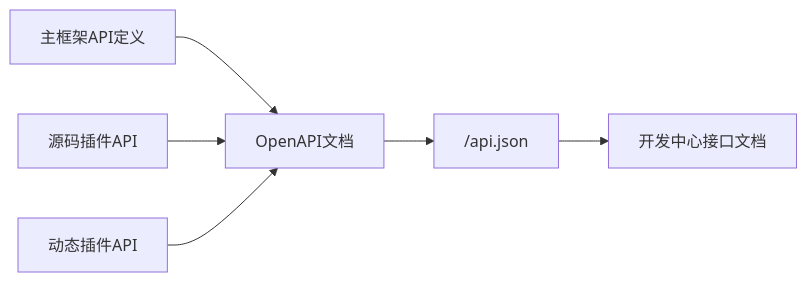
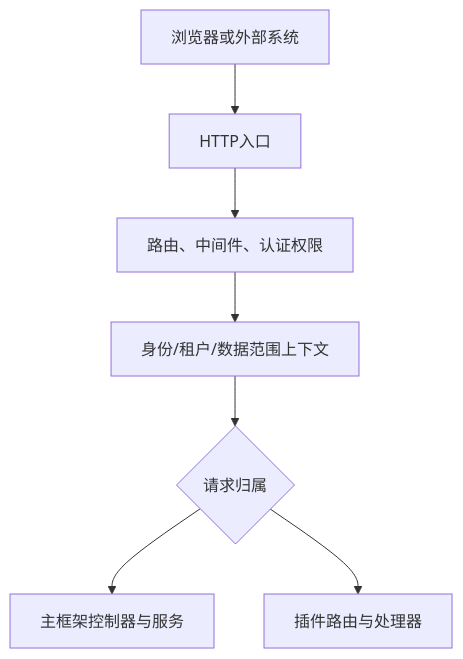
One commit to linaproai/linapro-site changed the diagram in apps/lina-site/docs/docs/2000-components/3000-core-host.md. Above: the diagram before and after it, drawn with Mermaid. The commit also changed other lines of this file and 60 other files, not shown here.

````diff
--- a/apps/lina-site/docs/docs/2000-components/3000-core-host.md
+++ b/apps/lina-site/docs/docs/2000-components/3000-core-host.md
@@ -158,8 +59,9 @@
 ```mermaid
-flowchart LR
-    Host["主框架API定义"] --> Doc["OpenAPI文档"]
-    Source["源码插件API"] --> Doc
-    Dynamic["动态插件API"] --> Doc
-    Doc --> JSON["/api.json"]
-    JSON --> Workbench["开发中心接口文档"]
+flowchart TD
+    Client["浏览器或外部系统"] --> Entry["HTTP入口"]
+    Entry --> Guard["路由、中间件、认证权限"]
+    Guard --> Context["身份/租户/数据范围上下文"]
+    Context --> Dispatch{"请求归属"}
+    Dispatch --> Core["主框架控制器与服务"]
+    Dispatch --> Plugin["插件路由与处理器"]
 ```
````
